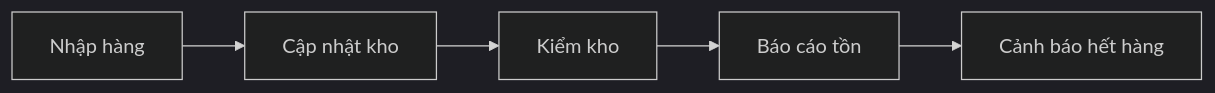
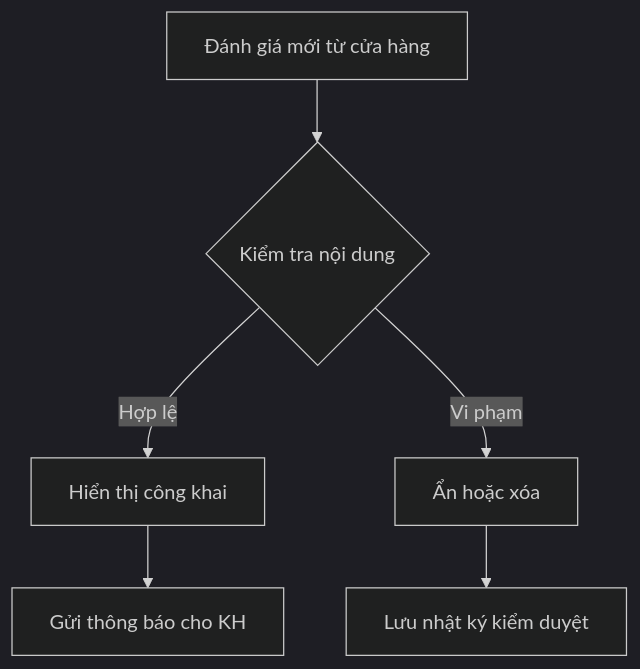
Before and after one commit to ngocthien19/DA_WEB_CK1_25_26: diagram 24 of 31 in README.md, drawn with Mermaid (dark theme). The commit also changed other lines of this file, not shown here.

````diff
--- a/README.md
+++ b/README.md
@@ -384,7 +913,8 @@
 ```mermaid
-graph LR
-    A[Nhập hàng] --> B[Cập nhật kho]
-    B --> C[Kiểm kho]
-    C --> D[Báo cáo tồn]
-    D --> E[Cảnh báo hết hàng]
+graph TD
+    A[Đánh giá mới từ cửa hàng] --> B{Kiểm tra nội dung}
+    B -->|Hợp lệ| C[Hiển thị công khai]
+    B -->|Vi phạm| D[Ẩn hoặc xóa]
+    C --> E[Gửi thông báo cho KH]
+    D --> F[Lưu nhật ký kiểm duyệt]
 ```
````
